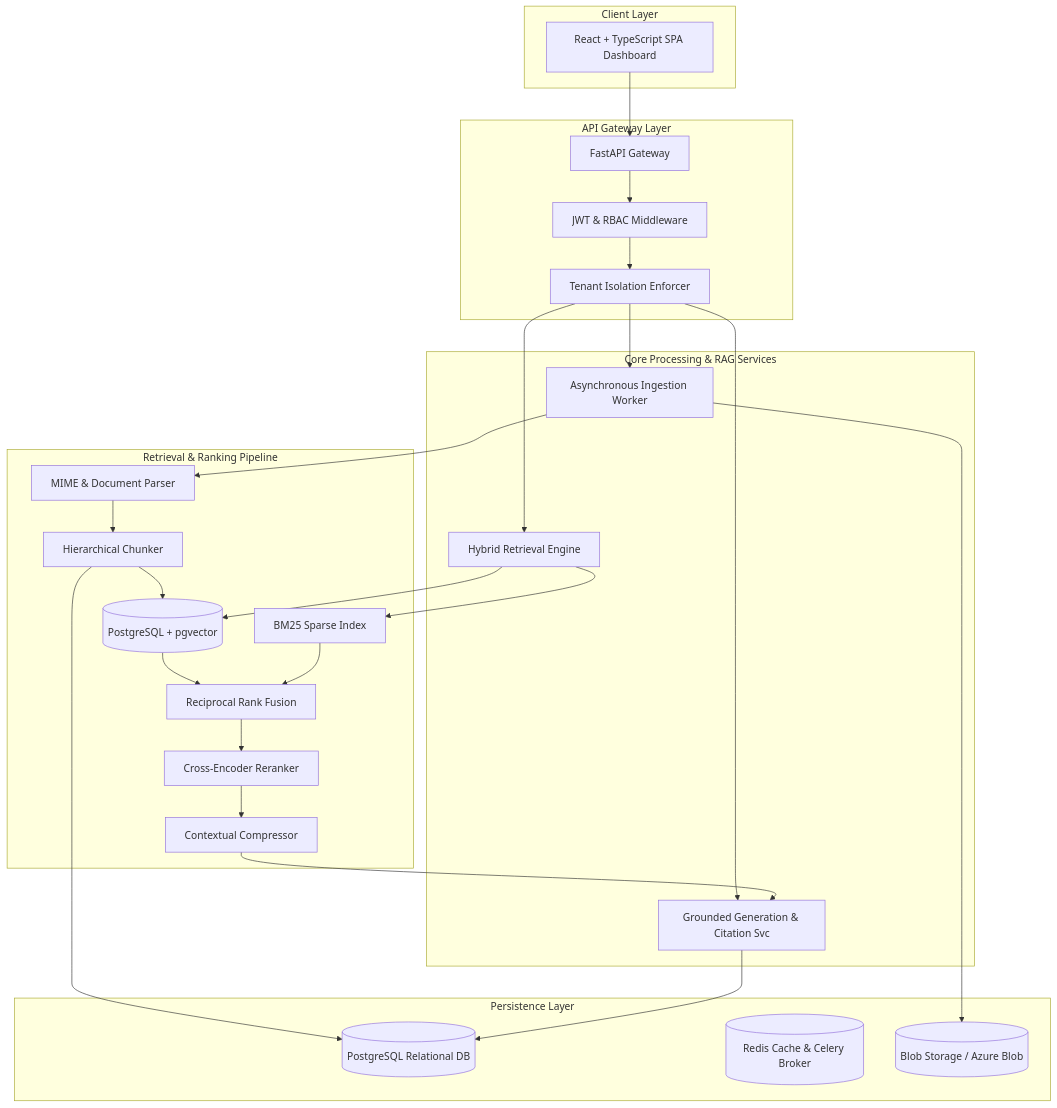
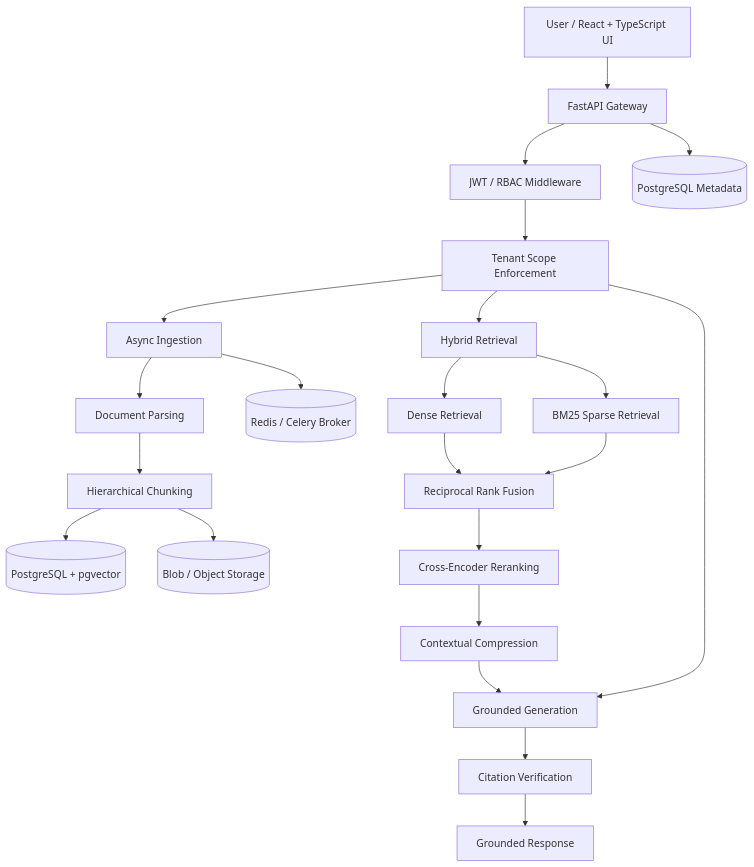
Before and after one commit to alimulfazalnabil/LLM-enterprise-rag-knowledge-platform: the diagram in README.md, drawn with Mermaid. The commit also changed other lines of this file, not shown here.

Commit message:
Document RAG platform architecture and engineering practices

````diff
--- a/README.md
+++ b/README.md
@@ -35,43 +40,24 @@
-```mermaid
+~~~mermaid
 flowchart TB
-    subgraph Client ["Client Layer"]
-        SPA[React + TypeScript SPA Dashboard]
-    end
-
-    subgraph Gateway ["API Gateway Layer"]
-        FastAPI[FastAPI Gateway]
-        Auth[JWT & RBAC Middleware]
-        Tenant[Tenant Isolation Enforcer]
-    end
-
-    subgraph Services ["Core Processing & RAG Services"]
-        Ingestion[Asynchronous Ingestion Worker]
-        Retrieval[Hybrid Retrieval Engine]
-        Generation[Grounded Generation & Citation Svc]
-    end
-
-    subgraph Pipeline ["Retrieval & Ranking Pipeline"]
-        Parser[MIME & Document Parser]
-        Chunker[Hierarchical Chunker]
-        VectorStore[(PostgreSQL + pgvector)]
-        BM25[BM25 Sparse Index]
-        RRF[Reciprocal Rank Fusion]
-        Reranker[Cross-Encoder Reranker]
-        Compressor[Contextual Compressor]
-    end
-
-    subgraph Storage ["Persistence Layer"]
-        Postgres[(PostgreSQL Relational DB)]
-        Redis[(Redis Cache & Celery Broker)]
-        Blob[(Blob Storage / Azure Blob)]
-    end
-
-    SPA --> FastAPI --> Auth --> Tenant
-    Tenant --> Ingestion & Retrieval & Generation
-    
-    Ingestion --> Parser --> Chunker --> VectorStore & Postgres
-    Ingestion --> Blob
-    
-    Retrieval --> VectorStore & BM25 --> RRF --> Reranker --> Compressor --> Generation
-    Generation --> Postgres
-```
+    U["User / React + TypeScript UI"] --> API["FastAPI Gateway"]
+    API --> AUTH["JWT / RBAC Middleware"]
+    AUTH --> TENANT["Tenant Scope Enforcement"]
+    TENANT --> ING["Async Ingestion"]
+    TENANT --> RET["Hybrid Retrieval"]
+    TENANT --> GEN["Grounded Generation"]
+    ING --> PARSE["Document Parsing"]
+    PARSE --> CHUNK["Hierarchical Chunking"]
+    CHUNK --> PG[("PostgreSQL + pgvector")]
+    CHUNK --> OBJ[("Blob / Object Storage")]
+    RET --> DENSE["Dense Retrieval"]
+    RET --> SPARSE["BM25 Sparse Retrieval"]
+    DENSE --> FUSION["Reciprocal Rank Fusion"]
+    SPARSE --> FUSION
+    FUSION --> RERANK["Cross-Encoder Reranking"]
+    RERANK --> COMPRESS["Contextual Compression"]
+    COMPRESS --> GEN
+    GEN --> VERIFY["Citation Verification"]
+    VERIFY --> RESP["Grounded Response"]
+    ING --> REDIS[("Redis / Celery Broker")]
+    API --> DB[("PostgreSQL Metadata")]
+~~~
````
